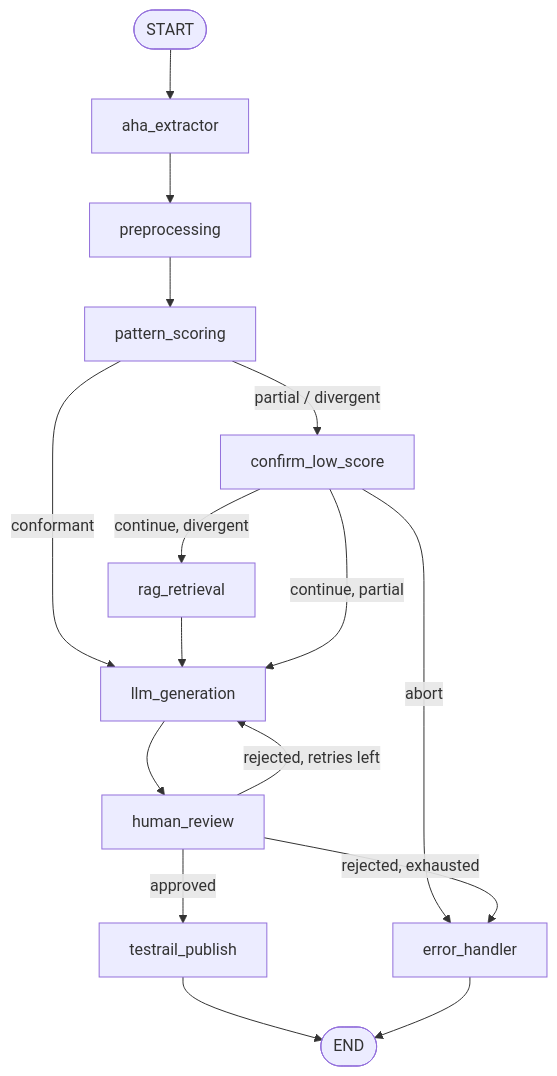
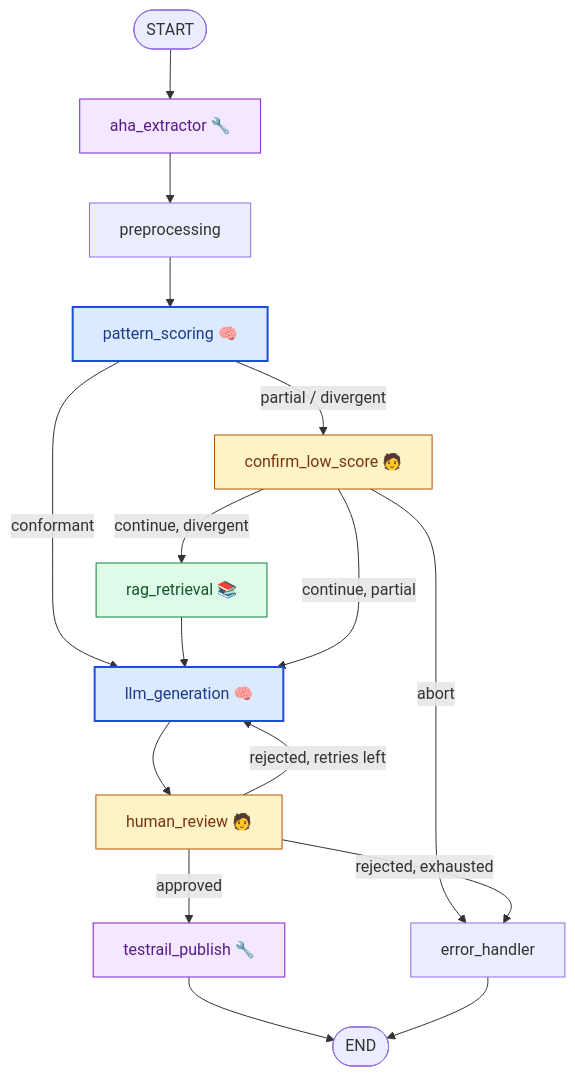
Before and after one commit to luiz-bonfioli/infoq-capstone: the diagram in README.md, drawn with Mermaid. The commit also changed other lines of this file, not shown here.

````diff
--- a/README.md
+++ b/README.md
@@ -10,15 +19,24 @@
 ```mermaid
 flowchart TD
-    START([START]) --> aha_extractor
-    aha_extractor --> preprocessing --> pattern_scoring
-    pattern_scoring -- conformant --> llm_generation
-    pattern_scoring -- partial / divergent --> confirm_low_score
+    START([START]) --> aha_extractor["aha_extractor 🔧"]
+    aha_extractor --> preprocessing --> pattern_scoring["pattern_scoring 🧠"]
+    pattern_scoring -- conformant --> llm_generation["llm_generation 🧠"]
+    pattern_scoring -- partial / divergent --> confirm_low_score["confirm_low_score 🧑"]
     confirm_low_score -- abort --> error_handler
-    confirm_low_score -- continue, divergent --> rag_retrieval --> llm_generation
+    confirm_low_score -- continue, divergent --> rag_retrieval["rag_retrieval 📚"] --> llm_generation
     confirm_low_score -- continue, partial --> llm_generation
-    llm_generation --> human_review
-    human_review -- approved --> testrail_publish --> END([END])
+    llm_generation --> human_review["human_review 🧑"]
+    human_review -- approved --> testrail_publish["testrail_publish 🔧"] --> END([END])
     human_review -- rejected, retries left --> llm_generation
     human_review -- rejected, exhausted --> error_handler
     error_handler --> END
+
+    classDef chatllm fill:#dbeafe,stroke:#1d4ed8,stroke-width:2px,color:#1e3a8a;
+    classDef embedding fill:#dcfce7,stroke:#15803d,color:#14532d;
+    classDef human fill:#fef3c7,stroke:#b45309,color:#78350f;
+    classDef tool fill:#f3e8ff,stroke:#7e22ce,color:#581c87;
+    class pattern_scoring,llm_generation chatllm;
+    class rag_retrieval embedding;
+    class confirm_low_score,human_review human;
+    class aha_extractor,testrail_publish tool;
 ```
````
